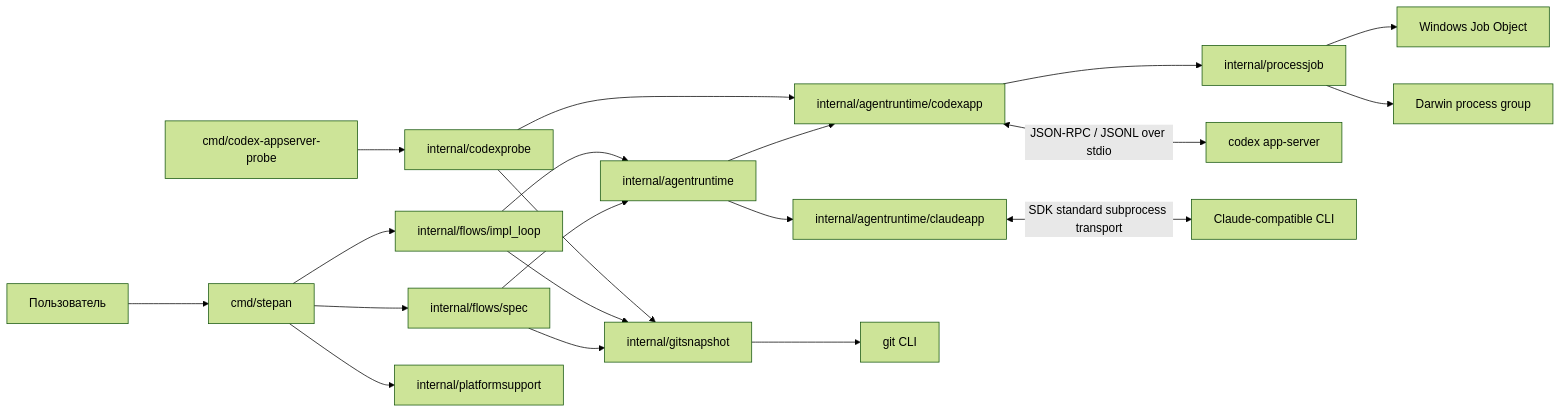
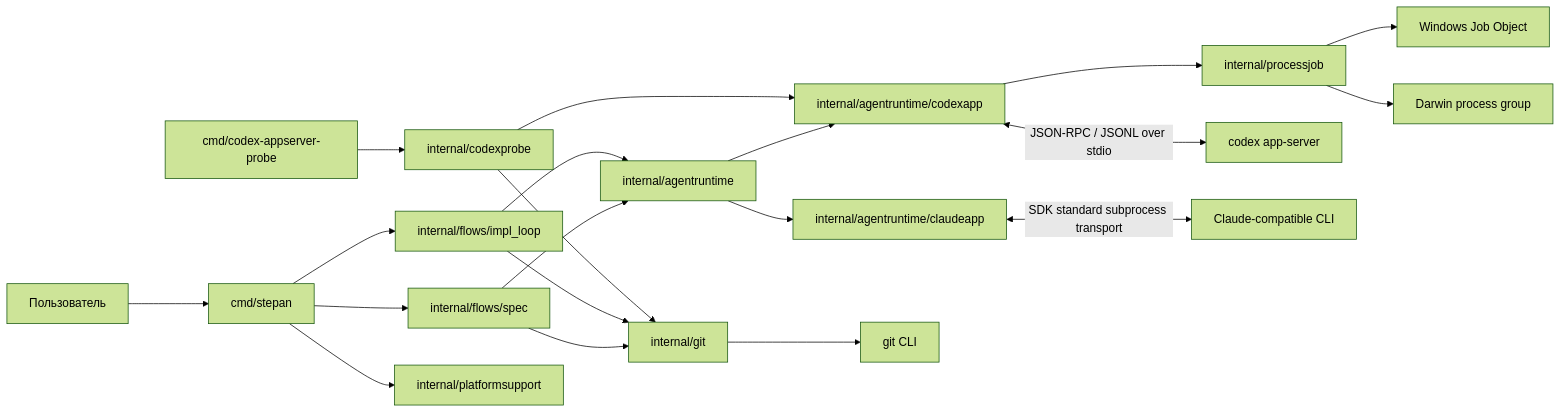
Before and after one commit to AndrMoiseev/stepan: the first of 2 diagrams in docs/adr/0002-current-stack-and-architecture.md, drawn with Mermaid (forest theme). The commit also changed other lines of this file and 41 other files, not shown here.

````diff
--- a/docs/adr/0002-current-stack-and-architecture.md
+++ b/docs/adr/0002-current-stack-and-architecture.md
@@ -44,23 +44,23 @@
 ```mermaid
 flowchart LR
     User[Пользователь] --> CLI[cmd/stepan]
     CLI --> FeatureFlow[internal/flows/spec]
     CLI --> ImplementationFlow[internal/flows/impl_loop]
     FeatureFlow --> Contract[internal/agentruntime]
     ImplementationFlow --> Contract
     Contract --> App[internal/agentruntime/codexapp]
     Contract --> Claude[internal/agentruntime/claudeapp]
-    FeatureFlow --> Git[internal/gitsnapshot]
+    FeatureFlow --> Git[internal/git]
     ImplementationFlow --> Git
     App --> Job[internal/processjob]
     Probe[internal/codexprobe] --> App
     Probe --> Git
     CLI --> Platform[internal/platformsupport]
     App <-->|JSON-RPC / JSONL over stdio| Codex[codex app-server]
     Claude <-->|SDK standard subprocess transport| ClaudeCLI[Claude-compatible CLI]
     Git --> GitCLI[git CLI]
     Job --> Win[Windows Job Object]
     Job --> Mac[Darwin process group]
 
     Probe1[cmd/codex-appserver-probe] --> Probe
 ```
````
